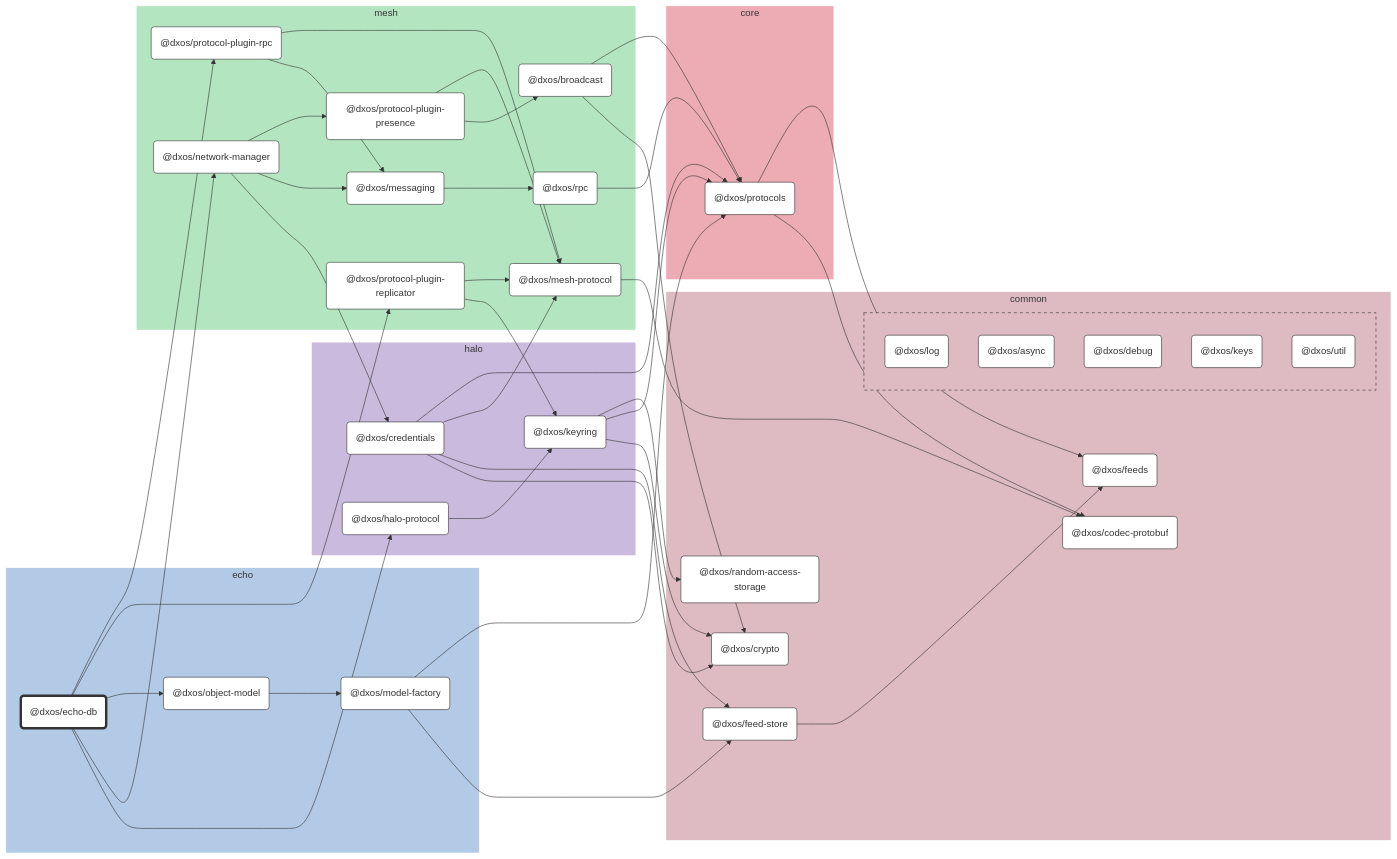
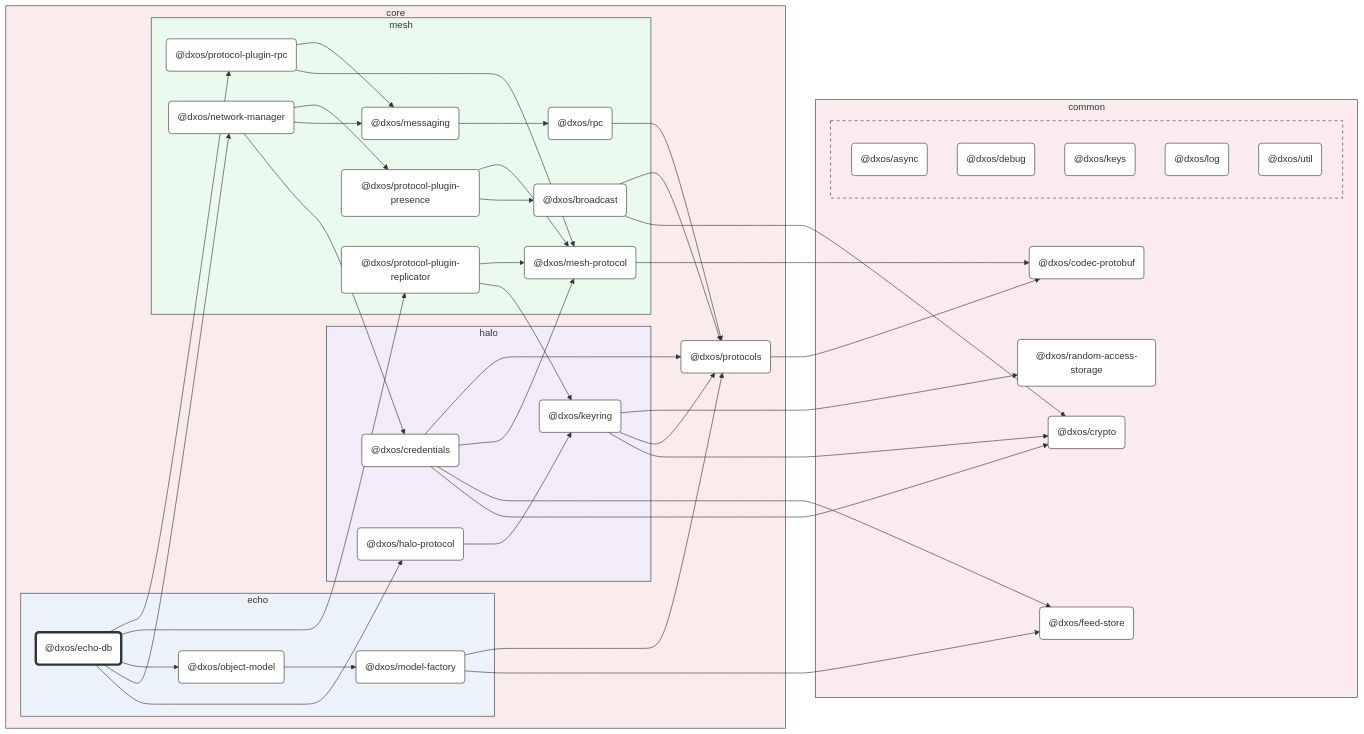
One commit to dxos/dxos changed the diagram in packages/core/echo/echo-db/docs/README.md. Above: the diagram before and after it, drawn with Mermaid. The commit also changed other lines of this file and 93 other files, not shown here.

First line of the commit message:
chore: hierarchical graphs. (#1583)

````diff
--- a/packages/core/echo/echo-db/docs/README.md
+++ b/packages/core/echo/echo-db/docs/README.md
@@ -15,90 +15,86 @@
 
 %% Nodes
 
-subgraph echo [echo]
-  style echo fill:#b3cae6,stroke:#fff
-  dxos/echo-db("@dxos/echo-db"):::root
-  click dxos/echo-db "dxos/dxos/tree/main/packages/core/echo/echo-db/docs"
-  dxos/model-factory("@dxos/model-factory"):::def
-  click dxos/model-factory "dxos/dxos/tree/main/packages/core/echo/model-factory/docs"
-  dxos/object-model("@dxos/object-model"):::def
-  click dxos/object-model "dxos/dxos/tree/main/packages/core/echo/object-model/docs"
+subgraph core [core]
+  style core fill:#faebec,stroke:#333
+  dxos/protocols("@dxos/protocols"):::def
+  click dxos/protocols "dxos/dxos/tree/main/packages/core/protocols/docs"
+
+  subgraph echo [echo]
+    style echo fill:#ebf2fa,stroke:#333
+    dxos/echo-db("@dxos/echo-db"):::root
+    click dxos/echo-db "dxos/dxos/tree/main/packages/core/echo/echo-db/docs"
+    dxos/model-factory("@dxos/model-factory"):::def
+    click dxos/model-factory "dxos/dxos/tree/main/packages/core/echo/model-factory/docs"
+    dxos/object-model("@dxos/object-model"):::def
+    click dxos/object-model "dxos/dxos/tree/main/packages/core/echo/object-model/docs"
+  end
+
+  subgraph halo [halo]
+    style halo fill:#f1ebfa,stroke:#333
+    dxos/credentials("@dxos/credentials"):::def
+    click dxos/credentials "dxos/dxos/tree/main/packages/core/halo/credentials/docs"
+    dxos/halo-protocol("@dxos/halo-protocol"):::def
+    click dxos/halo-protocol "dxos/dxos/tree/main/packages/core/halo/halo-protocol/docs"
+    dxos/keyring("@dxos/keyring"):::def
+    click dxos/keyring "dxos/dxos/tree/main/packages/core/halo/keyring/docs"
+  end
+
+  subgraph mesh [mesh]
+    style mesh fill:#ebfaef,stroke:#333
+    dxos/mesh-protocol("@dxos/mesh-protocol"):::def
+    click dxos/mesh-protocol "dxos/dxos/tree/main/packages/core/mesh/mesh-protocol/docs"
+    dxos/messaging("@dxos/messaging"):::def
+    click dxos/messaging "dxos/dxos/tree/main/packages/core/mesh/messaging/docs"
+    dxos/rpc("@dxos/rpc"):::def
+    click dxos/rpc "dxos/dxos/tree/main/packages/core/mesh/rpc/docs"
+    dxos/network-manager("@dxos/network-manager"):::def
+    click dxos/network-manager "dxos/dxos/tree/main/packages/core/mesh/network-manager/docs"
+    dxos/protocol-plugin-presence("@dxos/protocol-plugin-presence"):::def
+    click dxos/protocol-plugin-presence "dxos/dxos/tree/main/packages/core/mesh/protocol-plugin-presence/docs"
+    dxos/broadcast("@dxos/broadcast"):::def
+    click dxos/broadcast "dxos/dxos/tree/main/packages/core/mesh/broadcast/docs"
+    dxos/protocol-plugin-replicator("@dxos/protocol-plugin-replicator"):::def
+    click dxos/protocol-plugin-replicator "dxos/dxos/tree/main/packages/core/mesh/protocol-plugin-replicator/docs"
+    dxos/protocol-plugin-rpc("@dxos/protocol-plugin-rpc"):::def
+    click dxos/protocol-plugin-rpc "dxos/dxos/tree/main/packages/core/mesh/protocol-plugin-rpc/docs"
+  end
 end
 
 subgraph common [common]
-  style common fill:#debac2,stroke:#fff
+  style common fill:#faebee,stroke:#333
   dxos/codec-protobuf("@dxos/codec-protobuf"):::def
   click dxos/codec-protobuf "dxos/dxos/tree/main/packages/common/codec-protobuf/docs"
   dxos/crypto("@dxos/crypto"):::def
   click dxos/crypto "dxos/dxos/tree/main/packages/common/crypto/docs"
   dxos/feed-store("@dxos/feed-store"):::def
   click dxos/feed-store "dxos/dxos/tree/main/packages/common/feed-store/docs"
-  dxos/feeds("@dxos/feeds"):::def
-  click dxos/feeds "dxos/dxos/tree/main/packages/common/feeds/docs"
   dxos/random-access-storage("@dxos/random-access-storage"):::def
   click dxos/random-access-storage "dxos/dxos/tree/main/packages/common/random-access-storage/docs"
 
-  subgraph common-excluded [ ]
-    style common-excluded fill:#debac2,stroke:#333,stroke-dasharray:5 5
-    dxos/log("@dxos/log"):::def
-    click dxos/log "dxos/dxos/tree/main/packages/common/log/docs"
+  subgraph _ [ ]
+    style _ fill:#faebee,stroke:#333,stroke-dasharray:5 5
     dxos/async("@dxos/async"):::def
     click dxos/async "dxos/dxos/tree/main/packages/common/async/docs"
     dxos/debug("@dxos/debug"):::def
     click dxos/debug "dxos/dxos/tree/main/packages/common/debug/docs"
     dxos/keys("@dxos/keys"):::def
     click dxos/keys "dxos/dxos/tree/main/packages/common/keys/docs"
+    dxos/log("@dxos/log"):::def
+    click dxos/log "dxos/dxos/tree/main/packages/common/log/docs"
     dxos/util("@dxos/util"):::def
     click dxos/util "dxos/dxos/tree/main/packages/common/util/docs"
   end
-end
-
-subgraph halo [halo]
-  style halo fill:#cabade,stroke:#fff
-  dxos/credentials("@dxos/credentials"):::def
-  click dxos/credentials "dxos/dxos/tree/main/packages/core/halo/credentials/docs"
-  dxos/halo-protocol("@dxos/halo-protocol"):::def
-  click dxos/halo-protocol "dxos/dxos/tree/main/packages/core/halo/halo-protocol/docs"
-  dxos/keyring("@dxos/keyring"):::def
-  click dxos/keyring "dxos/dxos/tree/main/packages/core/halo/keyring/docs"
-end
-
-subgraph mesh [mesh]
-  style mesh fill:#b3e6c0,stroke:#fff
-  dxos/mesh-protocol("@dxos/mesh-protocol"):::def
-  click dxos/mesh-protocol "dxos/dxos/tree/main/packages/core/mesh/mesh-protocol/docs"
-  dxos/messaging("@dxos/messaging"):::def
-  click dxos/messaging "dxos/dxos/tree/main/packages/core/mesh/messaging/docs"
-  dxos/rpc("@dxos/rpc"):::def
-  click dxos/rpc "dxos/dxos/tree/main/packages/core/mesh/rpc/docs"
-  dxos/network-manager("@dxos/network-manager"):::def
-  click dxos/network-manager "dxos/dxos/tree/main/packages/core/mesh/network-manager/docs"
-  dxos/protocol-plugin-presence("@dxos/protocol-plugin-presence"):::def
-  click dxos/protocol-plugin-presence "dxos/dxos/tree/main/packages/core/mesh/protocol-plugin-presence/docs"
-  dxos/broadcast("@dxos/broadcast"):::def
-  click dxos/broadcast "dxos/dxos/tree/main/packages/core/mesh/broadcast/docs"
-  dxos/protocol-plugin-replicator("@dxos/protocol-plugin-replicator"):::def
-  click dxos/protocol-plugin-replicator "dxos/dxos/tree/main/packages/core/mesh/protocol-plugin-replicator/docs"
-  dxos/protocol-plugin-rpc("@dxos/protocol-plugin-rpc"):::def
-  click dxos/protocol-plugin-rpc "dxos/dxos/tree/main/packages/core/mesh/protocol-plugin-rpc/docs"
-end
-
-subgraph core [core]
-  style core fill:#edabb3,stroke:#fff
-  dxos/protocols("@dxos/protocols"):::def
-  click dxos/protocols "dxos/dxos/tree/main/packages/core/protocols/docs"
 end
 
 %% Links
 linkStyle default stroke:#333,stroke-width:1px
 dxos/credentials --> dxos/crypto
 dxos/credentials --> dxos/feed-store
-dxos/feed-store --> dxos/feeds
 dxos/credentials --> dxos/mesh-protocol
 dxos/mesh-protocol --> dxos/codec-protobuf
 dxos/credentials --> dxos/protocols
 dxos/protocols --> dxos/codec-protobuf
-dxos/protocols --> dxos/feeds
 dxos/echo-db --> dxos/halo-protocol
 dxos/halo-protocol --> dxos/keyring
 dxos/keyring --> dxos/crypto
@@ -122,6 +118,6 @@
 dxos/protocol-plugin-replicator --> dxos/keyring
 dxos/protocol-plugin-replicator --> dxos/mesh-protocol
 dxos/echo-db --> dxos/protocol-plugin-rpc
+dxos/protocol-plugin-rpc --> dxos/mesh-protocol
 dxos/protocol-plugin-rpc --> dxos/messaging
-dxos/protocol-plugin-rpc --> dxos/mesh-protocol
 ```
````
